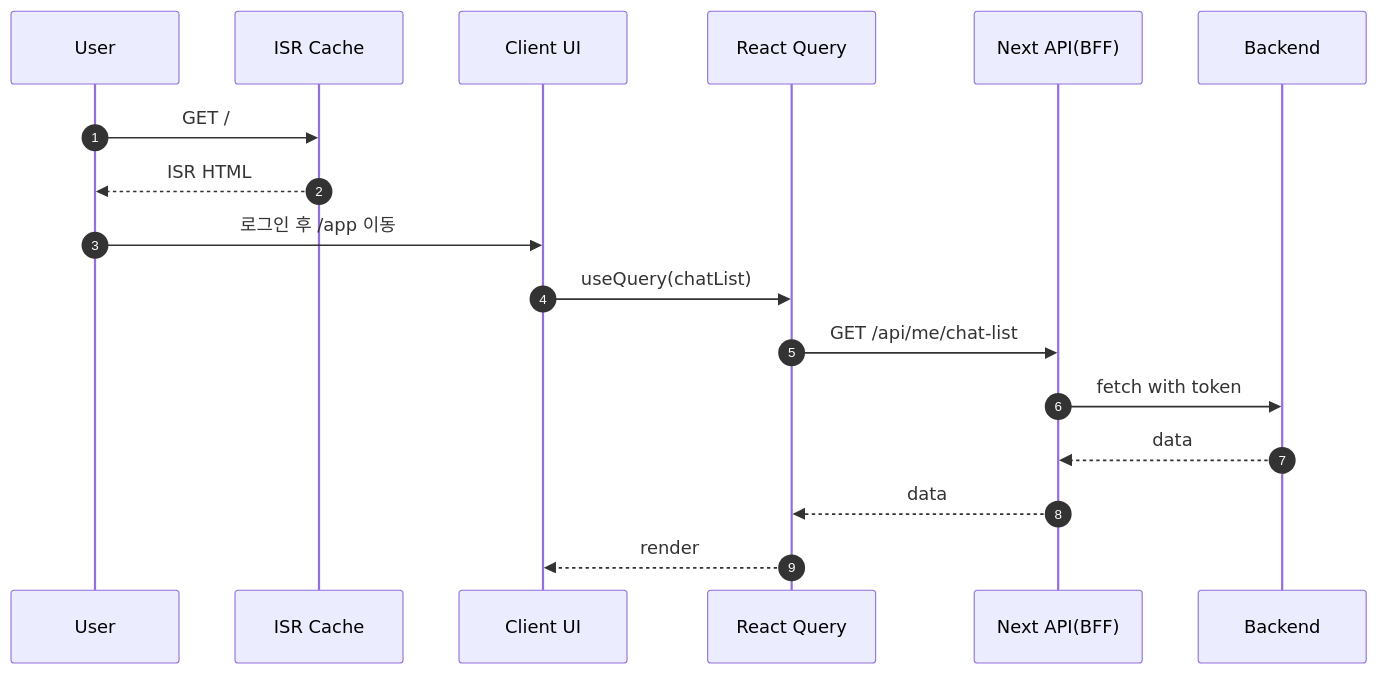
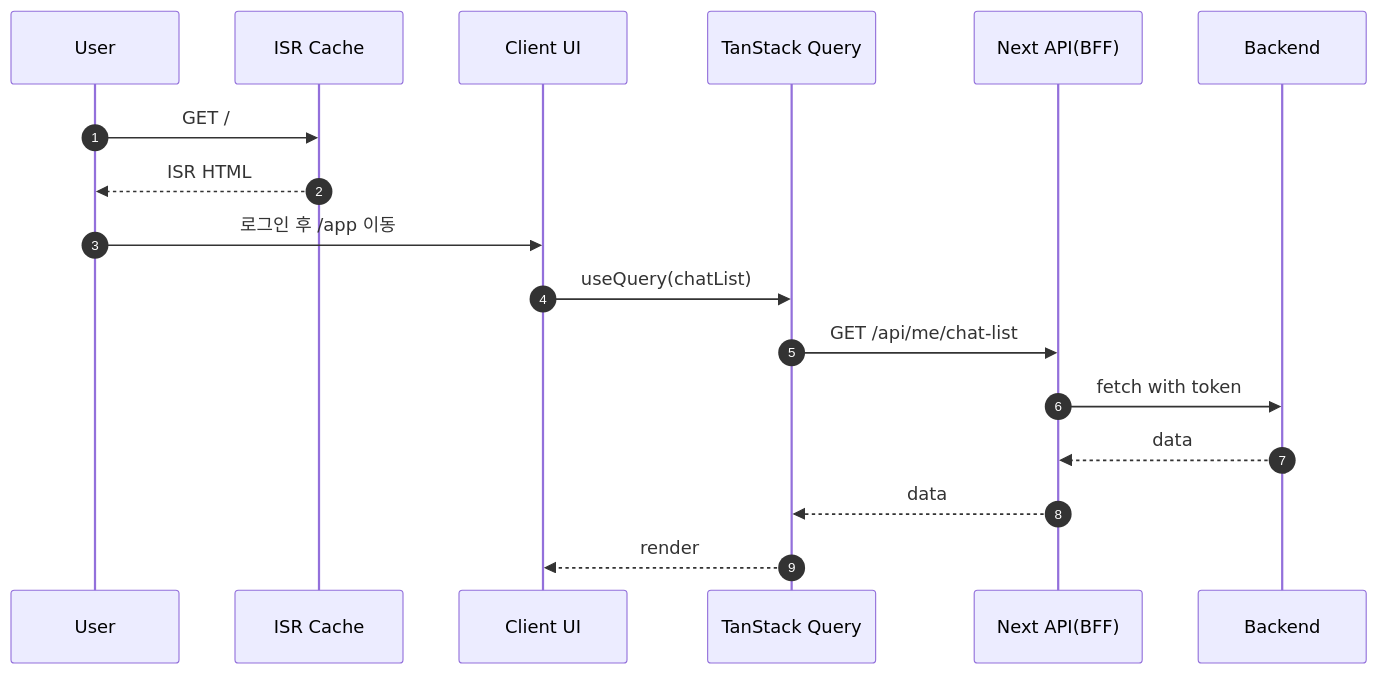
The third of 3 diagrams in 26_01_Jan/[25.01.18]Cache.md (100-hours-a-week/KTB3-JUNCCI-TIL), drawn with Mermaid before and after one commit. The commit also changed other lines of this file, not shown here.

````diff
--- a/26_01_Jan/[25.01.18]Cache.md
+++ b/26_01_Jan/[25.01.18]Cache.md
@@ -477,21 +477,21 @@
 ```mermaid
 sequenceDiagram
   autonumber
   participant U as User
   participant CDN as ISR Cache
   participant UI as Client UI
-  participant RQ as React Query
+  participant RQ as TanStack Query
   participant API as Next API(BFF)
   participant BE as Backend
 
   U->>CDN: GET /
   CDN-->>U: ISR HTML
 
   U->>UI: 로그인 후 /app 이동
   UI->>RQ: useQuery(chatList)
   RQ->>API: GET /api/me/chat-list
   API->>BE: fetch with token
   BE-->>API: data
   API-->>RQ: data
   RQ-->>UI: render
 ```
````
